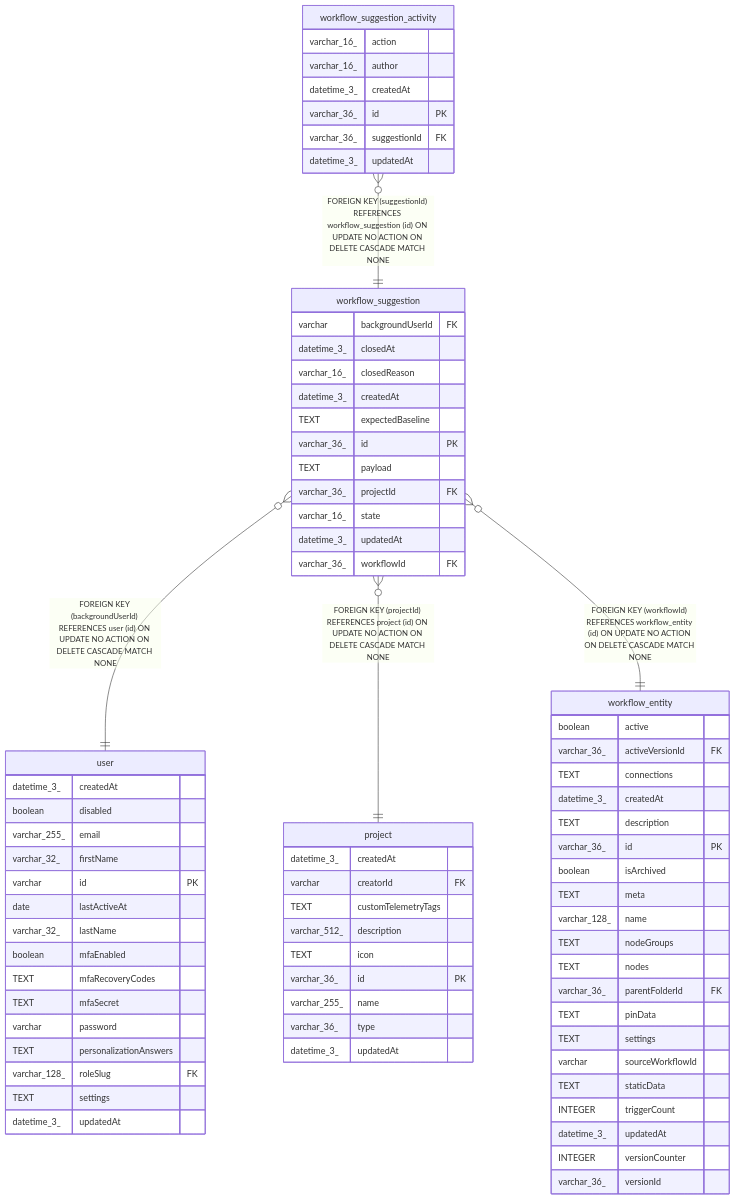
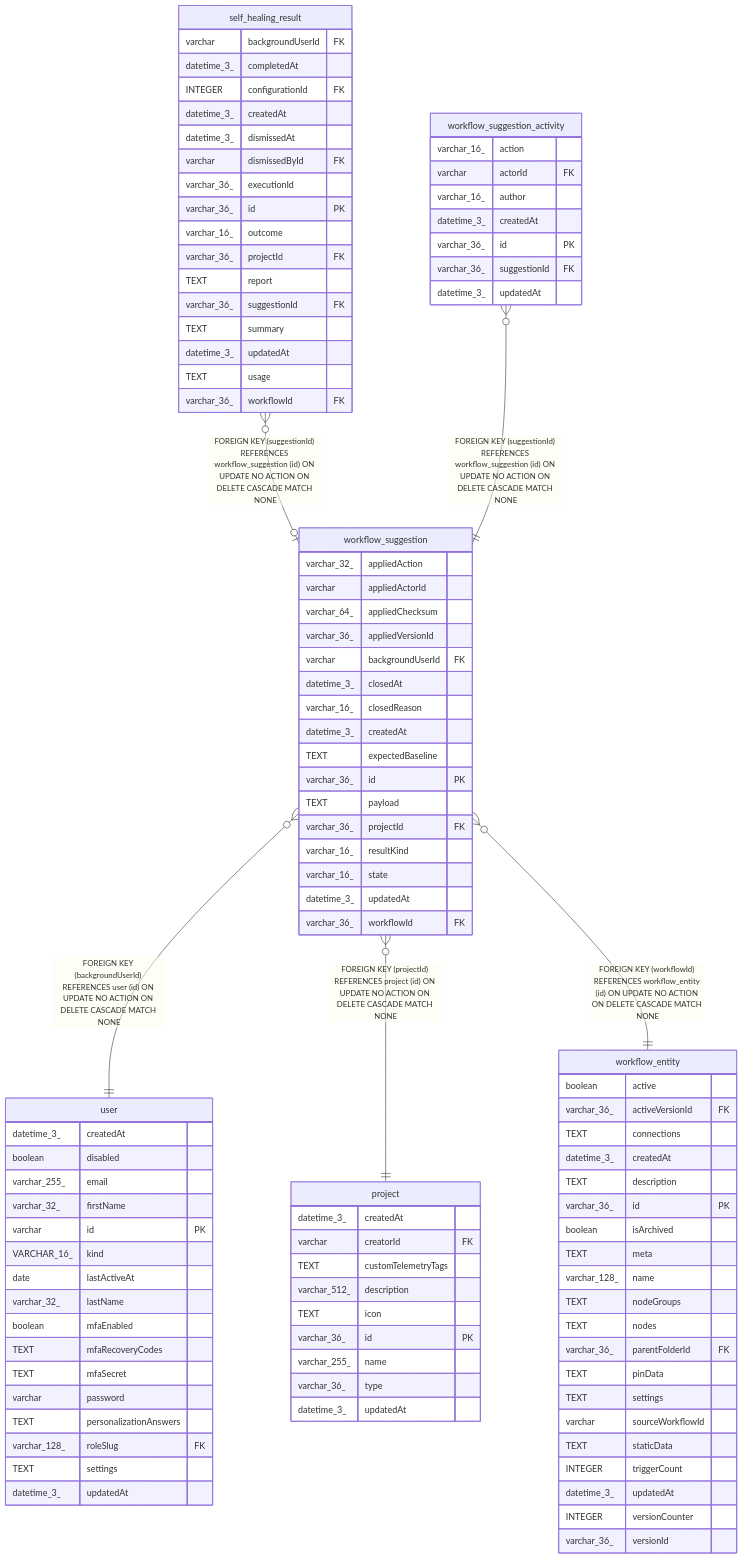
The diagram in docs/generated/sqlite-schema/workflow_suggestion.md (sreent/n8n), drawn with Mermaid before and after one commit. The commit also changed other lines of this file and 7993 other files, not shown here.

```diff
--- a/docs/generated/sqlite-schema/workflow_suggestion.md
+++ b/docs/generated/sqlite-schema/workflow_suggestion.md
@@ -55,11 +62,16 @@
 erDiagram
 
 "workflow_suggestion" }o--|| "user" : "FOREIGN KEY (backgroundUserId) REFERENCES user (id) ON UPDATE NO ACTION ON DELETE CASCADE MATCH NONE"
+"self_healing_result" }o--o| "workflow_suggestion" : "FOREIGN KEY (suggestionId) REFERENCES workflow_suggestion (id) ON UPDATE NO ACTION ON DELETE CASCADE MATCH NONE"
 "workflow_suggestion_activity" }o--|| "workflow_suggestion" : "FOREIGN KEY (suggestionId) REFERENCES workflow_suggestion (id) ON UPDATE NO ACTION ON DELETE CASCADE MATCH NONE"
 "workflow_suggestion" }o--|| "project" : "FOREIGN KEY (projectId) REFERENCES project (id) ON UPDATE NO ACTION ON DELETE CASCADE MATCH NONE"
 "workflow_suggestion" }o--|| "workflow_entity" : "FOREIGN KEY (workflowId) REFERENCES workflow_entity (id) ON UPDATE NO ACTION ON DELETE CASCADE MATCH NONE"
 
 "workflow_suggestion" {
+  varchar_32_ appliedAction
+  varchar appliedActorId
+  varchar_64_ appliedChecksum
+  varchar_36_ appliedVersionId
   varchar backgroundUserId FK
   datetime_3_ closedAt
   varchar_16_ closedReason
@@ -68,6 +80,7 @@
   varchar_36_ id PK
   TEXT payload
   varchar_36_ projectId FK
+  varchar_16_ resultKind
   varchar_16_ state
   datetime_3_ updatedAt
   varchar_36_ workflowId FK
@@ -78,6 +91,7 @@
   varchar_255_ email
   varchar_32_ firstName
   varchar id PK
+  VARCHAR_16_ kind
   date lastActiveAt
   varchar_32_ lastName
   boolean mfaEnabled
@@ -89,8 +103,27 @@
   TEXT settings
   datetime_3_ updatedAt
 }
+"self_healing_result" {
+  varchar backgroundUserId FK
+  datetime_3_ completedAt
+  INTEGER configurationId FK
+  datetime_3_ createdAt
+  datetime_3_ dismissedAt
+  varchar dismissedById FK
+  varchar_36_ executionId
+  varchar_36_ id PK
+  varchar_16_ outcome
+  varchar_36_ projectId FK
+  TEXT report
+  varchar_36_ suggestionId FK
+  TEXT summary
+  datetime_3_ updatedAt
+  TEXT usage
+  varchar_36_ workflowId FK
+}
 "workflow_suggestion_activity" {
   varchar_16_ action
+  varchar actorId FK
   varchar_16_ author
   datetime_3_ createdAt
   varchar_36_ id PK
```
